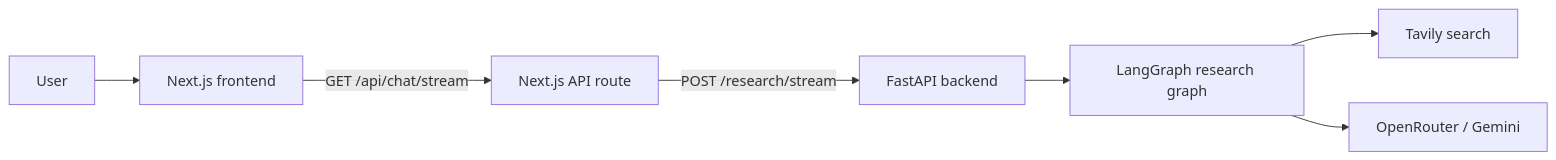
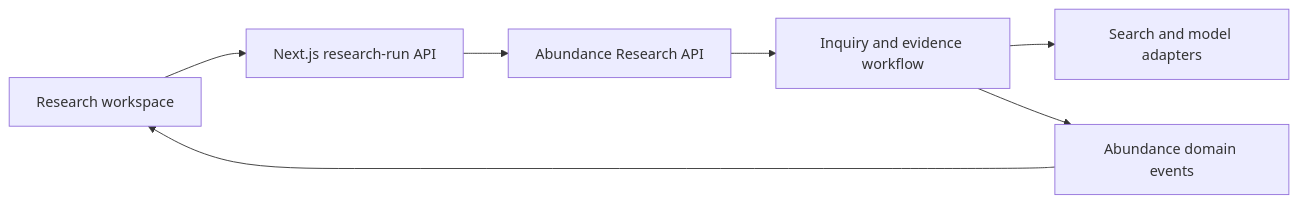
One commit to ChrBoebel/Abundance changed the second of 2 diagrams in README.md. Above: the diagram before and after it, drawn with Mermaid. The commit also changed other lines of this file and 7 other files, not shown here.

Commit message:
docs: present the Abundance research method

````diff
--- a/README.md
+++ b/README.md
@@ -64,9 +75,9 @@
 ```mermaid
 flowchart LR
-    User["User"] --> UI["Next.js frontend"]
-    UI -->|"GET /api/chat/stream"| FrontendAPI["Next.js API route"]
-    FrontendAPI -->|"POST /research/stream"| Backend["FastAPI backend"]
-    Backend --> Graph["LangGraph research graph"]
-    Graph --> Search["Tavily search"]
-    Graph --> Model["OpenRouter / Gemini"]
+    Browser["Research workspace"] --> WebAPI["Next.js research-run API"]
+    WebAPI --> DomainAPI["Abundance Research API"]
+    DomainAPI --> Workflow["Inquiry and evidence workflow"]
+    Workflow --> Providers["Search and model adapters"]
+    Workflow --> Events["Abundance domain events"]
+    Events --> Browser
 ```
````
